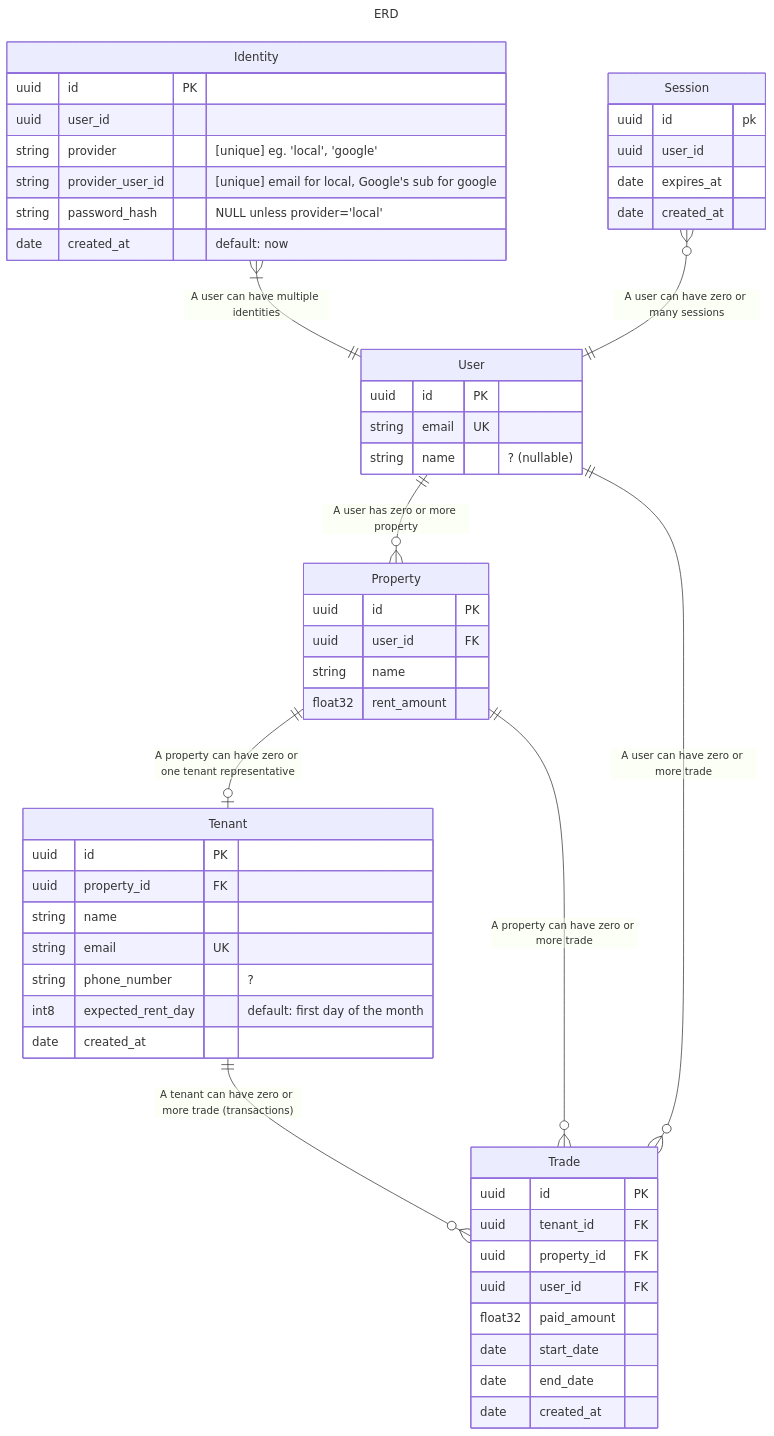
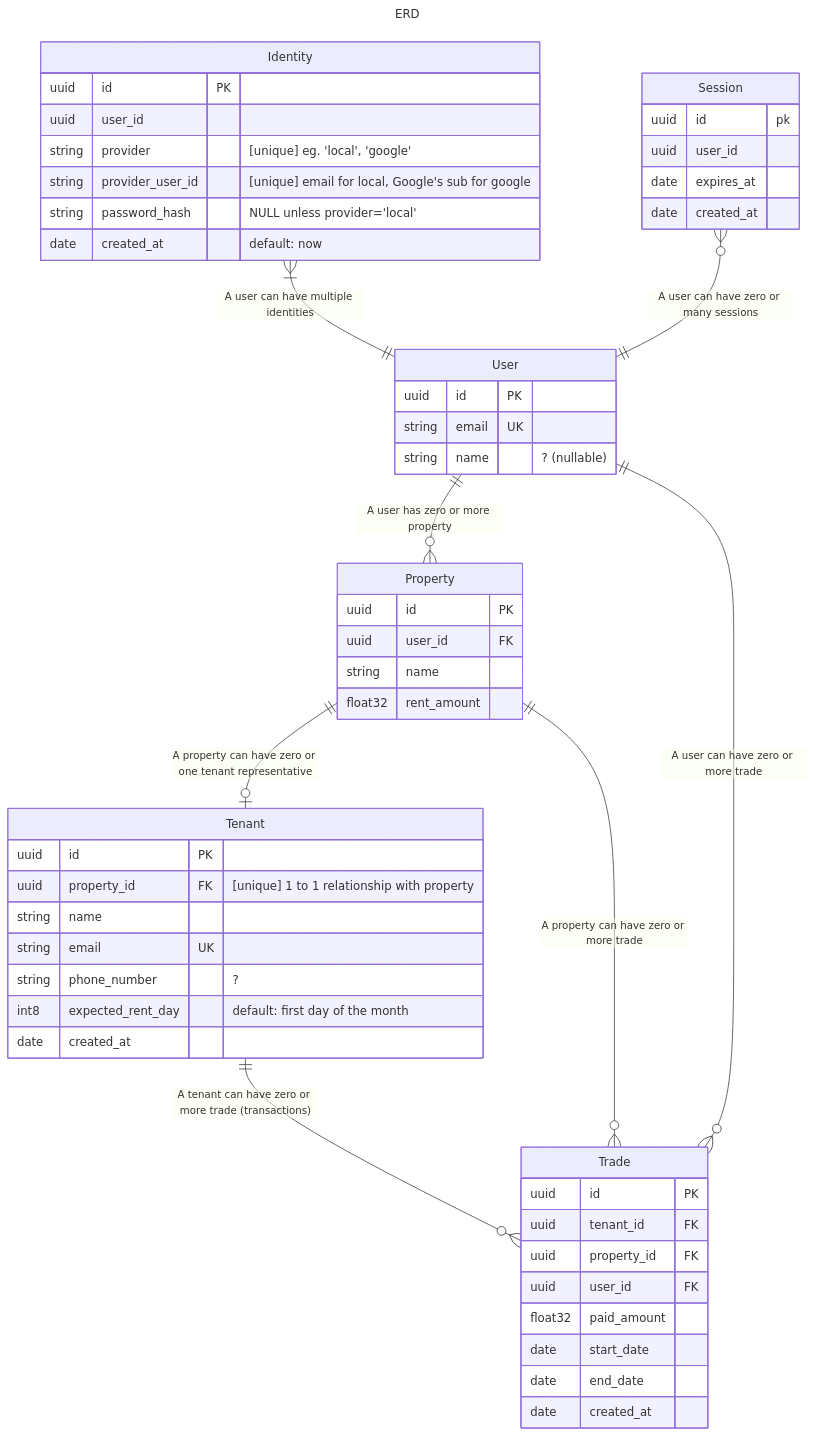
Before and after one commit to Se7enSe7enSe7en/tenant-manager: the diagram in specs/erd.md, drawn with Mermaid. The commit also changed 23 other files, not shown here.

````diff
--- a/specs/erd.md
+++ b/specs/erd.md
@@ -3,63 +3,63 @@
 ```Mermaid
 ---
 title: ERD
 ---
 erDiagram
     User {
         uuid id PK
         string email UK
         string name "? (nullable)"
     }
 
     Identity {
         uuid id PK
         uuid user_id
         string provider "[unique] eg. 'local', 'google'"
         string provider_user_id "[unique] email for local, Google's sub for google"
         string password_hash "NULL unless provider='local'"
         date created_at "default: now"
     }
     Identity }|--|| User : "A user can have multiple identities"
 
     Session {
         uuid id pk
         uuid user_id
         date expires_at
         date created_at
     }
     Session }o--|| User : "A user can have zero or many sessions"
 
     Property {
         uuid id PK
         uuid user_id FK
         string name
         float32 rent_amount
     }
     User ||--o{ Property : "A user has zero or more property"
 
     Tenant {
         uuid id PK
-        uuid property_id FK
+        uuid property_id FK "[unique] 1 to 1 relationship with property"
         string name
         string email UK
         string phone_number "?"
         int8 expected_rent_day "default: first day of the month"
         date created_at
     }
     Property ||--o| Tenant : "A property can have zero or one tenant representative"
 
     Trade {
         uuid id PK
         uuid tenant_id FK
         uuid property_id FK
         uuid user_id FK
         float32 paid_amount
         date start_date
         date end_date
         date created_at
     }
     Tenant ||--o{ Trade : "A tenant can have zero or more trade (transactions)"
     User ||--o{ Trade : "A user can have zero or more trade"
     Property ||--o{ Trade : "A property can have zero or more trade"
 
 ```
````
